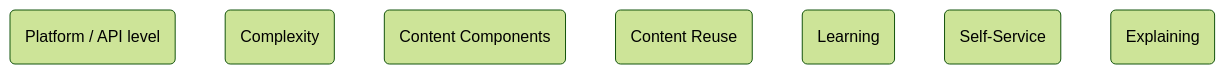
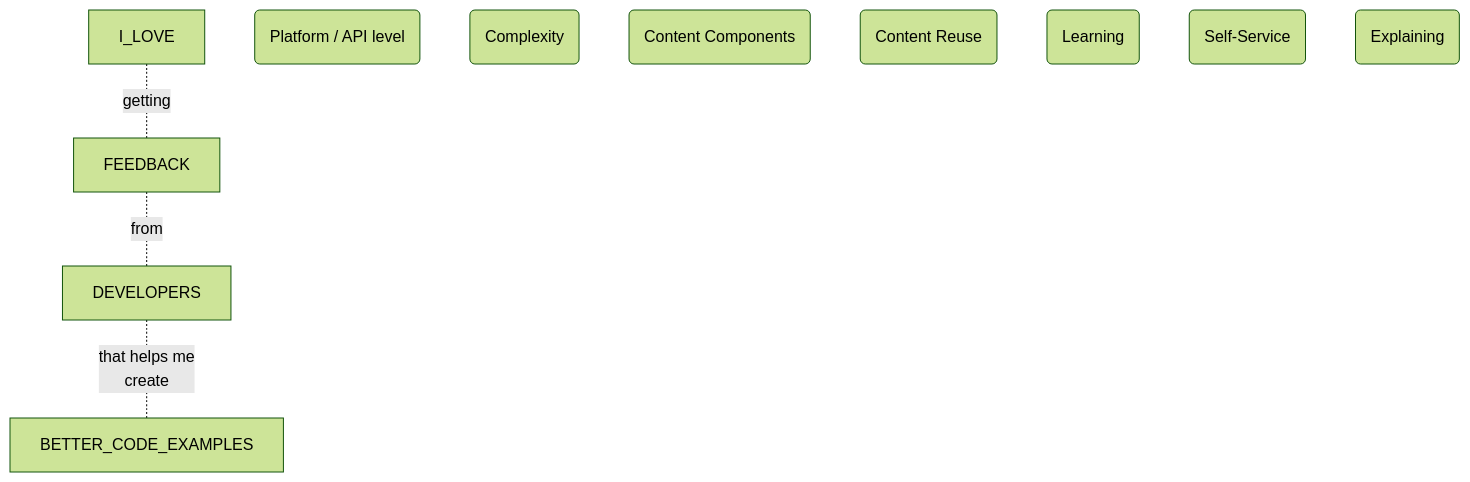
The second of 2 diagrams in overview.md (joe-dorward/samples), drawn with Mermaid (forest theme) before and after one commit. The commit also changed other lines of this file, not shown here.

````diff
--- a/overview.md
+++ b/overview.md
@@ -64,16 +69,23 @@
 ```mermaid
 flowchart
+
+I_LOVE-.getting.-FEEDBACK-.from.-DEVELOPERS-.that helps me
+  create.-BETTER_CODE_EXAMPLES
+
+
+
+
 PLATFORM_API("Platform / API level")
 COMPLEXITY("Complexity")
 CONTENT_COMPONENTS("Content Components")
 CONTENT_REUSE("Content Reuse")
 
 LEARNING("Learning")
 SELF_SERVICE("Self-Service")
 EXPLAINING("Explaining")
 
 %%I_LOVE-."working at the".-PLATFORM_API
 %%I_LOVE-.-COMPLEXITY
 %%I_LOVE-.-LEARNING
 %%I_LOVE-.-EXPLAINING
 ```
````
